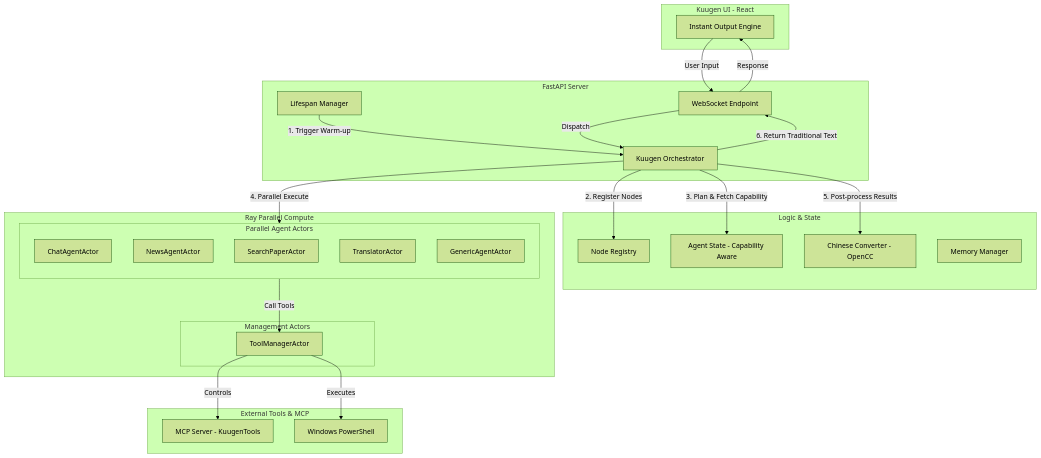
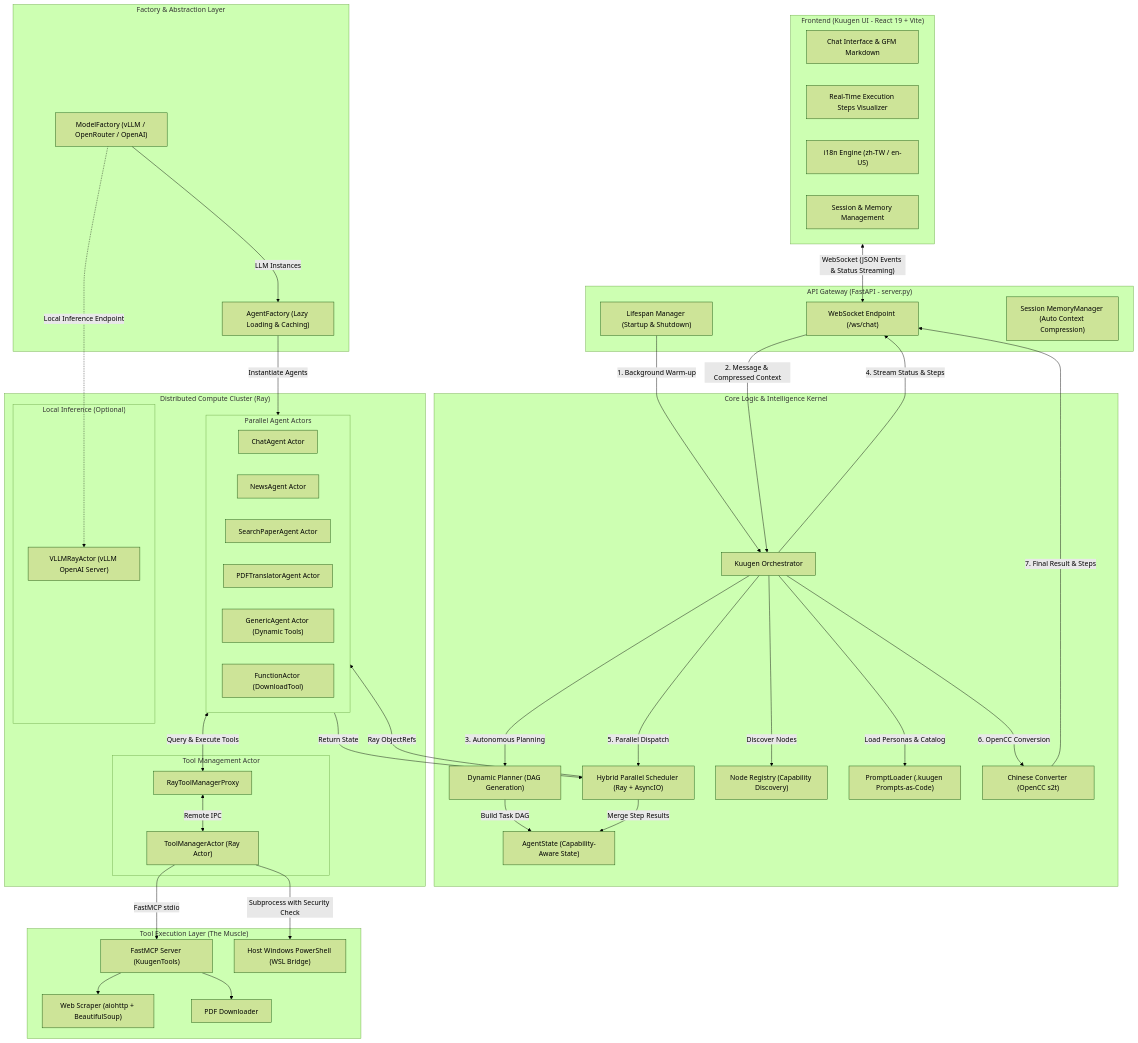
Before and after one commit to bensontien/Kuugen: the diagram in README.md, drawn with Mermaid (forest theme). The commit also changed other lines of this file and 4 other files, not shown here.

Commit message:
docs: update system architecture in README and remove emojis across UI

````diff
--- a/README.md
+++ b/README.md
@@ -11,54 +11,82 @@
 ```mermaid
 graph TD
-    subgraph Frontend [Kuugen UI - React]
-        UI[Instant Output Engine]
+    subgraph Frontend ["Frontend (Kuugen UI - React 19 + Vite)"]
+        UI_Chat["Chat Interface & GFM Markdown"]
+        UI_Steps["Real-Time Execution Steps Visualizer"]
+        UI_i18n["i18n Engine (zh-TW / en-US)"]
+        UI_Session["Session & Memory Management"]
     end
 
-    subgraph Backend [FastAPI Server]
-        Life[Lifespan Manager]
-        WS[WebSocket Endpoint]
-        Life -- 1. Trigger Warm-up --> Orch
+    subgraph Backend ["API Gateway (FastAPI - server.py)"]
+        WS["WebSocket Endpoint (/ws/chat)"]
+        Life["Lifespan Manager (Startup & Shutdown)"]
+        Mem["Session MemoryManager (Auto Context Compression)"]
     end
 
-    subgraph Core [Logic & State]
-        Orch[Kuugen Orchestrator]
-        Reg[Node Registry]
-        State[Agent State - Capability Aware]
-        Conv[Chinese Converter - OpenCC]
-        Mem[Memory Manager]
-        
-        Orch -- 2. Register Nodes --> Reg
-        Orch -- 5. Post-process Results --> Conv
+    subgraph CoreEngine ["Core Logic & Intelligence Kernel"]
+        Orch["Kuugen Orchestrator"]
+        Planner["Dynamic Planner (DAG Generation)"]
+        Scheduler["Hybrid Parallel Scheduler (Ray + AsyncIO)"]
+        Reg["Node Registry (Capability Discovery)"]
+        PromptLoad["PromptLoader (.kuugen Prompts-as-Code)"]
+        State["AgentState (Capability-Aware State)"]
+        Conv["Chinese Converter (OpenCC s2t)"]
     end
 
-    subgraph RayCluster [Ray Parallel Compute]
-        subgraph Actors [Parallel Agent Actors]
-            direction TB
-            AA_Chat[ChatAgentActor]
-            AA_News[NewsAgentActor]
-            AA_Paper[SearchPaperActor]
-            AA_Trans[TranslatorActor]
-            AA_Gen[GenericAgentActor]
+    subgraph RayCluster ["Distributed Compute Cluster (Ray)"]
+        subgraph ParallelActors ["Parallel Agent Actors"]
+            AA_Chat["ChatAgent Actor"]
+            AA_News["NewsAgent Actor"]
+            AA_Paper["SearchPaperAgent Actor"]
+            AA_Trans["PDFTranslatorAgent Actor"]
+            AA_Gen["GenericAgent Actor (Dynamic Tools)"]
+            AA_Func["FunctionActor (DownloadTool)"]
         end
 
-        subgraph Managers [Management Actors]
-            TM[ToolManagerActor]
+        subgraph ToolManagement ["Tool Management Actor"]
+            TM["ToolManagerActor (Ray Actor)"]
+            Proxy["RayToolManagerProxy"]
+        end
+
+        subgraph DistributedLLM ["Local Inference (Optional)"]
+            VLLM_Actor["VLLMRayActor (vLLM OpenAI Server)"]
         end
     end
 
-    subgraph Integration [External Tools & MCP]
-        MCP[MCP Server - KuugenTools]
-        CLI[Windows PowerShell]
-        TM -- Controls --> MCP
-        TM -- Executes --> CLI
+    subgraph FactoryLayer ["Factory & Abstraction Layer"]
+        AFactor["AgentFactory (Lazy Loading & Caching)"]
+        MFactor["ModelFactory (vLLM / OpenRouter / OpenAI)"]
     end
 
-    %% Interaction Flows
-    UI -- User Input --> WS
-    WS -- Dispatch --> Orch
-    Orch -- 3. Plan & Fetch Capability --> State
-    Orch -- 4. Parallel Execute --> Actors
-    Actors -- Call Tools --> TM
-    Orch -- 6. Return Traditional Text --> WS
-    WS -- Response --> UI
+    subgraph MuscleLayer ["Tool Execution Layer (The Muscle)"]
+        MCP["FastMCP Server (KuugenTools)"]
+        Scraper["Web Scraper (aiohttp + BeautifulSoup)"]
+        PDFDown["PDF Downloader"]
+        CLI["Host Windows PowerShell (WSL Bridge)"]
+    end
+
+    %% Communication Flows
+    Frontend <-->|"WebSocket (JSON Events & Status Streaming)"| WS
+    Life -- "1. Background Warm-up" --> Orch
+    WS -->|"2. Message & Compressed Context"| Orch
+    Orch -->|"Load Personas & Catalog"| PromptLoad
+    Orch -->|"Discover Nodes"| Reg
+    Orch -->|"3. Autonomous Planning"| Planner
+    Planner -->|"Build Task DAG"| State
+    Orch -->|"4. Stream Status & Steps"| WS
+    Orch -->|"5. Parallel Dispatch"| Scheduler
+    Scheduler -->|"Ray ObjectRefs"| ParallelActors
+    ParallelActors <-->|"Query & Execute Tools"| Proxy
+    Proxy <-->|"Remote IPC"| TM
+    TM -->|"FastMCP stdio"| MCP
+    TM -->|"Subprocess with Security Check"| CLI
+    MCP --> Scraper
+    MCP --> PDFDown
+    ParallelActors -->|"Return State"| Scheduler
+    Scheduler -->|"Merge Step Results"| State
+    Orch -->|"6. OpenCC Conversion"| Conv
+    Conv -->|"7. Final Result & Steps"| WS
+    AFactor -->|"Instantiate Agents"| ParallelActors
+    MFactor -->|"LLM Instances"| AFactor
+    MFactor -.->|"Local Inference Endpoint"| VLLM_Actor
 ```
````
